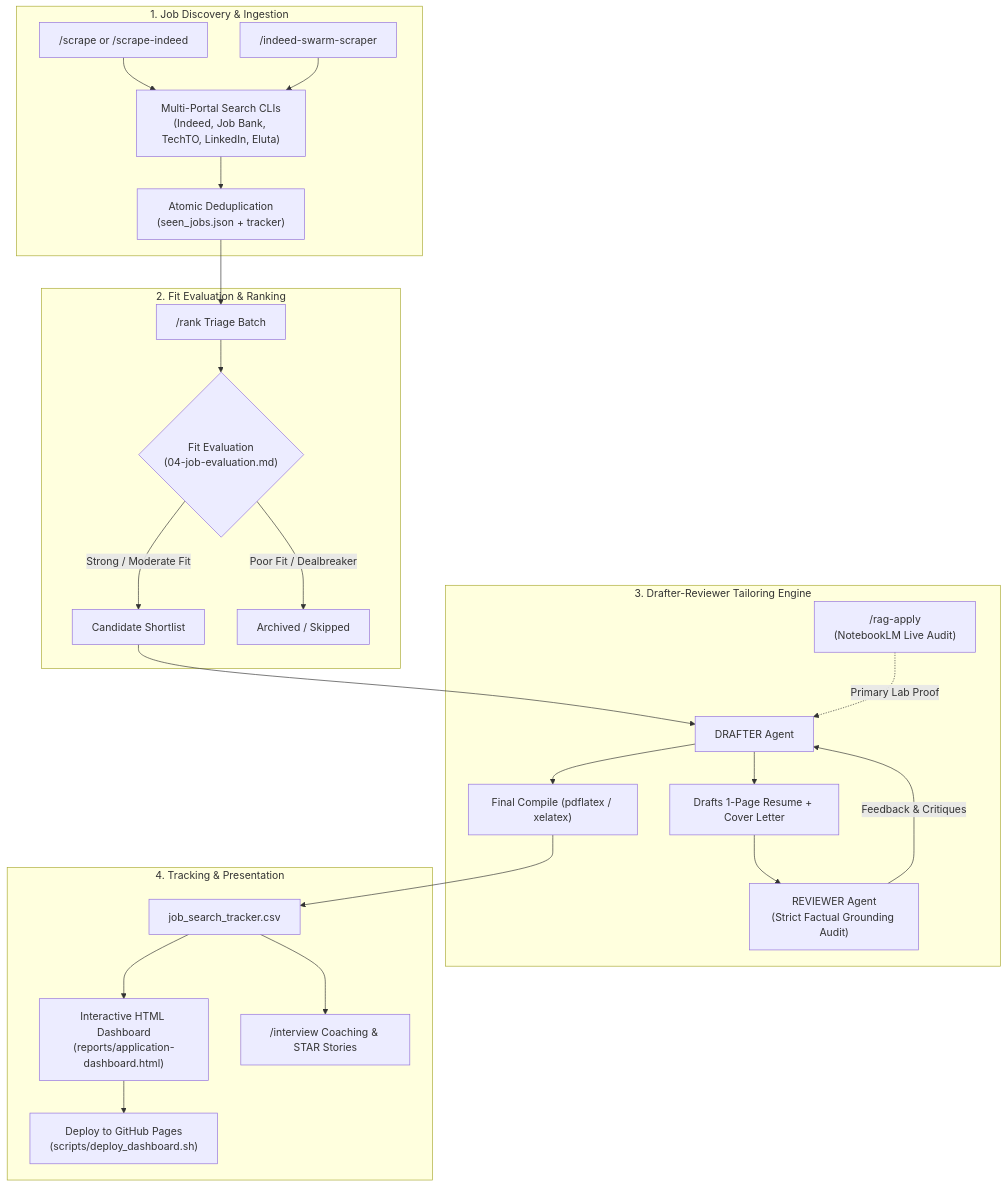
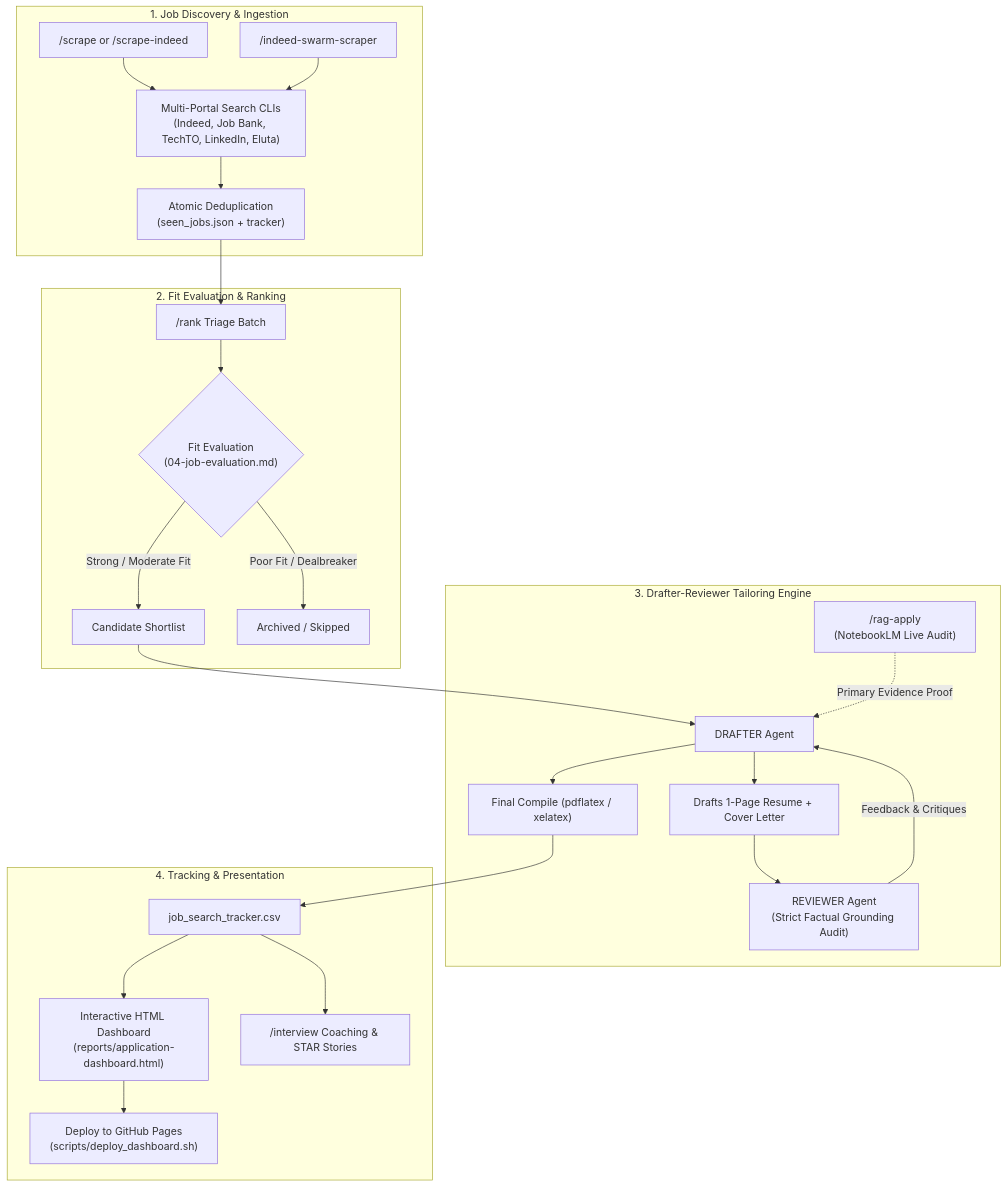
One commit to StickwoodJr/ai-job-search-enhanced changed the diagram in README.md. Above: the diagram before and after it, drawn with Mermaid. The commit also changed other lines of this file, not shown here.

Commit message:
docs: remove header gif and generalize descriptions to universal career evidence

````diff
--- a/README.md
+++ b/README.md
@@ -88,31 +84,31 @@
 ```mermaid
 flowchart TD
     subgraph Discovery ["1. Job Discovery & Ingestion"]
         A["/scrape or /scrape-indeed"] --> B["Multi-Portal Search CLIs<br/>(Indeed, Job Bank, TechTO, LinkedIn, Eluta)"]
         S["/indeed-swarm-scraper"] --> B
         B --> C["Atomic Deduplication<br/>(seen_jobs.json + tracker)"]
     end
 
     subgraph Triage ["2. Fit Evaluation & Ranking"]
         C --> D["/rank Triage Batch"]
         D --> E{"Fit Evaluation<br/>(04-job-evaluation.md)"}
         E -->|Strong / Moderate Fit| F["Candidate Shortlist"]
         E -->|Poor Fit / Dealbreaker| G["Archived / Skipped"]
     end
 
     subgraph Drafting ["3. Drafter-Reviewer Tailoring Engine"]
         F --> H["DRAFTER Agent"]
-        RAG["/rag-apply<br/>(NotebookLM Live Audit)"] -.->|Primary Lab Proof| H
+        RAG["/rag-apply<br/>(NotebookLM Live Audit)"] -.->|Primary Evidence Proof| H
         H --> I["Drafts 1-Page Resume + Cover Letter"]
         I --> J["REVIEWER Agent<br/>(Strict Factual Grounding Audit)"]
         J -->|Feedback & Critiques| H
         H --> K["Final Compile (pdflatex / xelatex)"]
     end
 
     subgraph Operations ["4. Tracking & Presentation"]
         K --> L["job_search_tracker.csv"]
         L --> M["Interactive HTML Dashboard<br/>(reports/application-dashboard.html)"]
         M --> N["Deploy to GitHub Pages<br/>(scripts/deploy_dashboard.sh)"]
         L --> O["/interview Coaching & STAR Stories"]
     end
 ```
````
